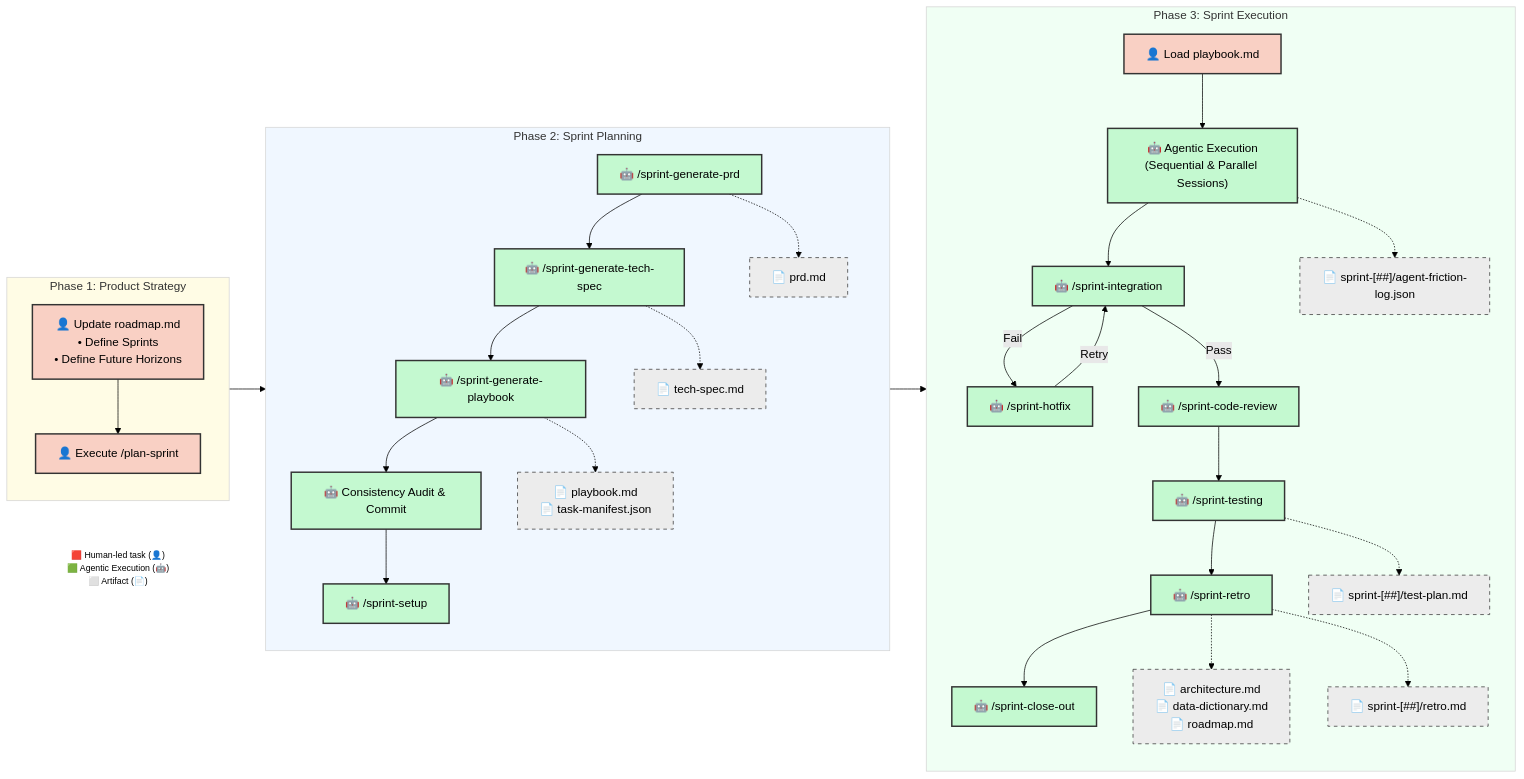
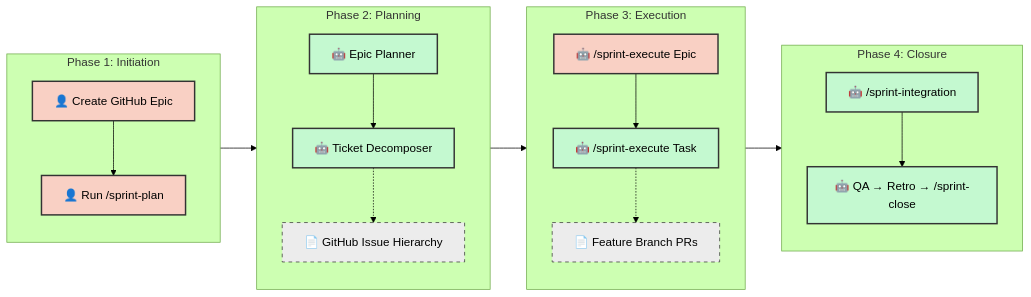
Before and after one commit to dsj1984/agent-protocols: the diagram in SDLC.md, drawn with Mermaid (forest theme). The commit also changed other lines of this file and 132 other files, not shown here.

````diff
--- a/SDLC.md
+++ b/SDLC.md
@@ -33,71 +25,40 @@
 ```mermaid
-    graph LR
+graph LR
     classDef manual fill:#f9d0c4,stroke:#333,stroke-width:2px,color:#000;
     classDef agentic fill:#c4f9d0,stroke:#333,stroke-width:2px,color:#000;
     classDef artifact fill:#ececec,stroke:#333,stroke-width:1px,stroke-dasharray: 5 5,color:#000;
-    classDef LegendNode fill:transparent,stroke:transparent,font-size:12px;
 
-    %% Legend
-    Legend["🟥 Human-led task (👤)<br/>🟩 Agentic Execution (🤖)<br/>⬜ Artifact (📄)"]:::LegendNode
-
-    %% Phase 1: Product Strategy
-    subgraph Phase1 ["Phase 1: Product Strategy"]
+    subgraph Phase1 ["Phase 1: Initiation"]
         direction TB
-        B["👤 Update roadmap.md<br/>• Define Sprints<br/>• Define Future Horizons"]:::manual
-        D["👤 Execute /plan-sprint"]:::manual
-        B --> D
+        A["👤 Create GitHub Epic"]:::manual
+        B["👤 Run /sprint-plan"]:::manual
+        A --> B
     end
 
-    %% Phase 2: Automated Planning
-    subgraph Phase2 ["Phase 2: Sprint Planning"]
+    subgraph Phase2 ["Phase 2: Planning"]
         direction TB
-        F["🤖 /sprint-generate-prd"]:::agentic
-        G["🤖 /sprint-generate-tech-spec"]:::agentic
-        H["🤖 /sprint-generate-playbook"]:::agentic
-        H2["🤖 Consistency Audit & Commit"]:::agentic
-        H3["🤖 /sprint-setup"]:::agentic
-
-        F --> G
-        G --> H
-        H --> H2
-        H2 --> H3
-
-        F -.-> F_Art["📄 prd.md"]:::artifact
-        G -.-> G_Art["📄 tech-spec.md"]:::artifact
-        H -.-> H_Art["📄 playbook.md<br/>📄 task-manifest.json"]:::artifact
+        C["🤖 Epic Planner"]:::agentic
+        D["🤖 Ticket Decomposer"]:::agentic
+        C --> D
+        D -.-> D_Art["📄 GitHub Issue Hierarchy"]:::artifact
     end
 
-    %% Phase 3: Execution & Closure
-    subgraph Phase3 ["Phase 3: Sprint Execution"]
+    subgraph Phase3 ["Phase 3: Execution"]
         direction TB
-        I["👤 Load playbook.md"]:::manual
-        J["🤖 Agentic Execution<br/>(Sequential & Parallel Sessions)"]:::agentic
-        K["🤖 /sprint-integration"]:::agentic
-        K_Fix["🤖 /sprint-hotfix"]:::agentic
-        L["🤖 /sprint-testing"]:::agentic
-        O["🤖 /sprint-code-review"]:::agentic
-        P["🤖 /sprint-retro"]:::agentic
-        Q2["🤖 /sprint-close-out"]:::agentic
-
-        I --> J
-        J --> K
-        K -- "Fail" --> K_Fix
-        K_Fix -- "Retry" --> K
-        K -- "Pass" --> O
-        O --> L
-        L --> P
-        P --> Q2
-
-        L -.-> L_Art["📄 sprint-[##]/test-plan.md"]:::artifact
-        J -.-> J_Log["📄 sprint-[##]/agent-friction-log.json"]:::artifact
-        P -.-> Q["📄 architecture.md<br/>📄 data-dictionary.md<br/>📄 roadmap.md"]:::artifact
-        P -.-> R["📄 sprint-[##]/retro.md"]:::artifact
+        E["🤖 /sprint-execute Epic"]:::manual
+        F["🤖 /sprint-execute Task"]:::agentic
+        E --> F
+        F -.-> F_Art["📄 Feature Branch PRs"]:::artifact
     end
 
-    style Phase1 fill:#fffce5,stroke:#d4d4d4,padding:0px
-    style Phase2 fill:#f0f7ff,stroke:#d4d4d4,padding:0px
-    style Phase3 fill:#f0fff4,stroke:#d4d4d4,padding:0px
+    subgraph Phase4 ["Phase 4: Closure"]
+        direction TB
+        G["🤖 /sprint-integration"]:::agentic
+        H["🤖 QA → Retro → /sprint-close"]:::agentic
+        G --> H
+    end
 
-    D --> F
-    H_Art --> I
+    B --> C
+    D --> E
+    F --> G
 ```
````
